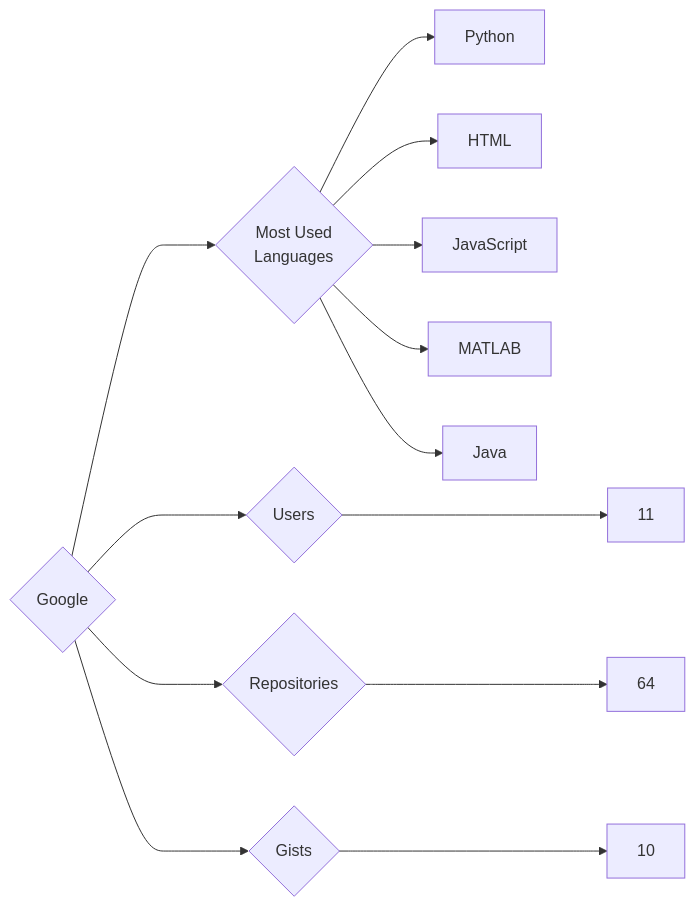
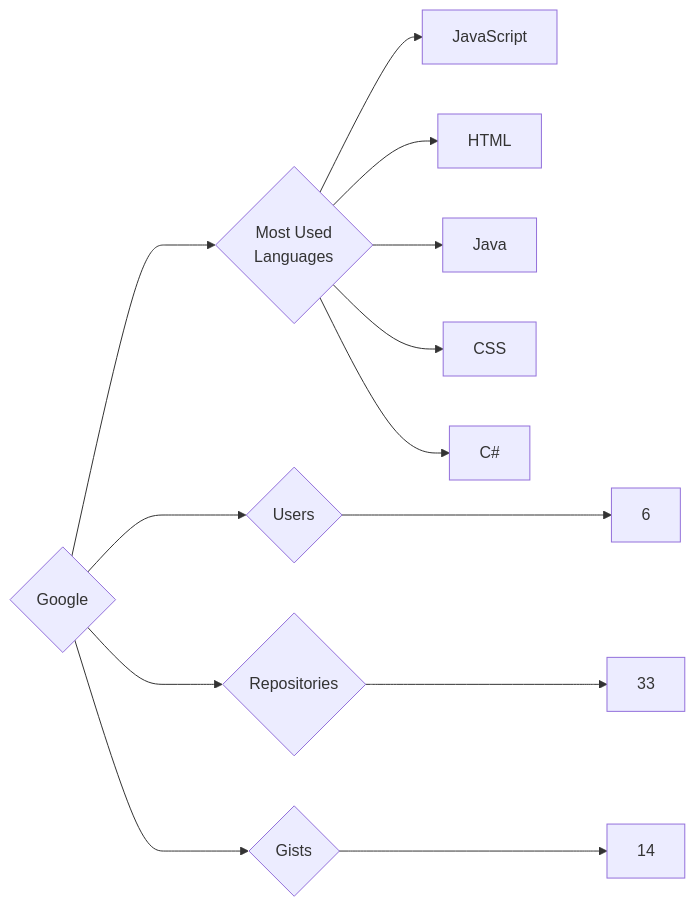
The diagram in targets/Google/README.md (trickest/insiders), drawn with Mermaid before and after one commit. The commit also changed 1141 other files, not shown here.

````diff
--- a/targets/Google/README.md
+++ b/targets/Google/README.md
@@ -3,13 +3,13 @@
 ```mermaid
 graph LR
 COMPANY_NAME{Google}
-COMPANY_NAME ---> U{Users} ---> UN[11]
-COMPANY_NAME ---> R{Repositories} ---> RN[64]
-COMPANY_NAME ---> G{Gists} ---> GN[10]
+COMPANY_NAME ---> U{Users} ---> UN[6]
+COMPANY_NAME ---> R{Repositories} ---> RN[33]
+COMPANY_NAME ---> G{Gists} ---> GN[14]
 COMPANY_NAME ---> ML{Most Used<br>Languages}
-ML --> Python[Python]
+ML --> JavaScript[JavaScript]
 ML --> HTML[HTML]
-ML --> JavaScript[JavaScript]
-ML --> MATLAB[MATLAB]
 ML --> Java[Java]
+ML --> CSS[CSS]
+ML --> C#[C#]
 ```
````
